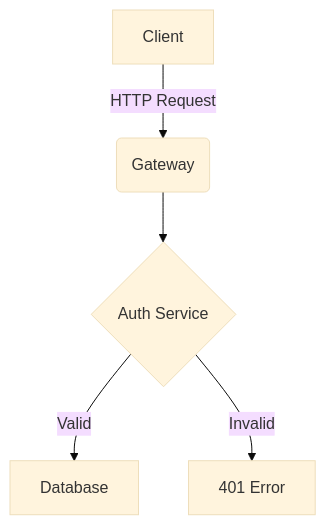
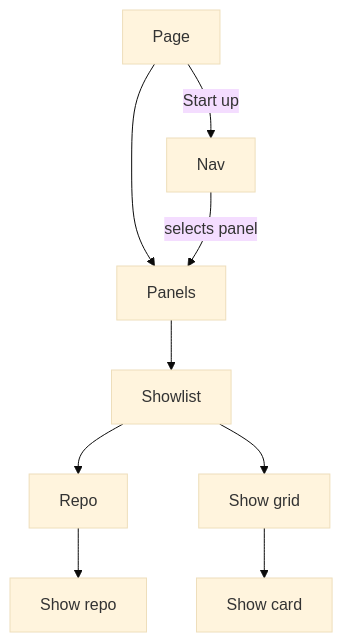
One commit to Gotchas99/TvProg3App changed the diagram in NOTES.md. Above: the diagram before and after it, drawn with Mermaid (base theme). The commit also changed 16 other files, not shown here.

````diff
--- a/NOTES.md
+++ b/NOTES.md
@@ -17,7 +17,10 @@
 ```mermaid
 graph TD;
-    A[Client] -->|HTTP Request| B(Gateway)
-    B --> C{Auth Service}
-    C -->|Valid| D[Database]
-    C -->|Invalid| E[401 Error]
+    A[Page] -->|Start up| B[Nav]
+    A --> C[Panels]
+    B --> |selects panel|C
+    C --> D[Showlist]
+    D --> E[Repo] --> F[Show repo]
+    D --> G[Show grid] --> H[Show card]
+
 ```
````
